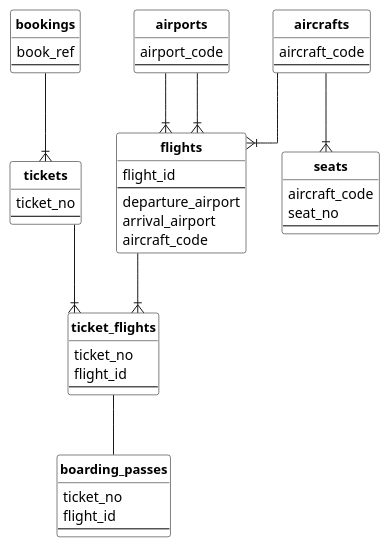
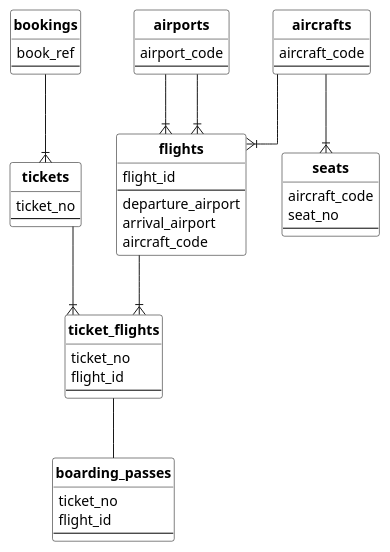
One commit to mialkin/docs changed the diagram in databases/postgres/queries/air-transportation-database.md. Above: the diagram before and after it, drawn with PlantUML.

Commit message:
Improve diagram

````diff
--- a/databases/postgres/queries/air-transportation-database.md
+++ b/databases/postgres/queries/air-transportation-database.md
@@ -37,72 +37,71 @@
 ```plantuml
 @startuml
 
 ' configuration
 hide circle
 skinparam linetype ortho
 
 skinparam class {
     BackgroundColor #ffffff
     BorderColor Black
     FontStyle bold
- FontSize 13
+    FontSize 14
 }
 
 entity bookings {
  book_ref
  --
 }
 
 entity tickets {
  ticket_no
  --
 }
 
 entity ticket_flights {
  ticket_no
  flight_id
  --
 }
 
 entity flights {
  flight_id
  --
  departure_airport
  arrival_airport
  aircraft_code
 }
 
 entity airports {
  airport_code
  --
 }
 
 entity boarding_passes {
  ticket_no
  flight_id
  --
 }
 
 entity aircrafts {
  aircraft_code
  --
 }
 
 entity seats {
  aircraft_code
  seat_no
  --
 }
 
-
 bookings --|{ tickets
 tickets --|{ ticket_flights
 ticket_flights -- boarding_passes
 flights --|{ ticket_flights
 airports --|{ flights
 airports --|{ flights
 aircrafts --|{ flights
 aircrafts --|{ seats
 
 @enduml
 ```
````
